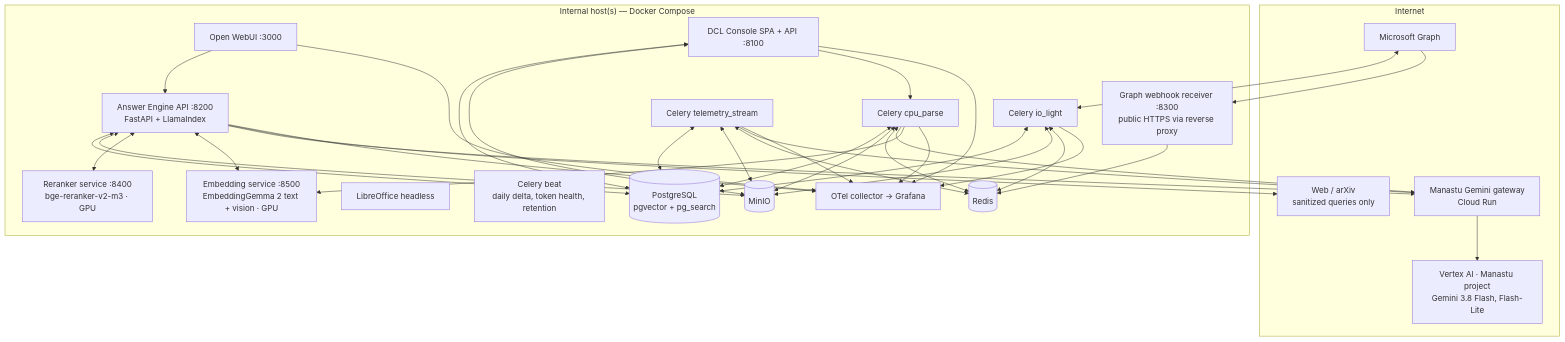
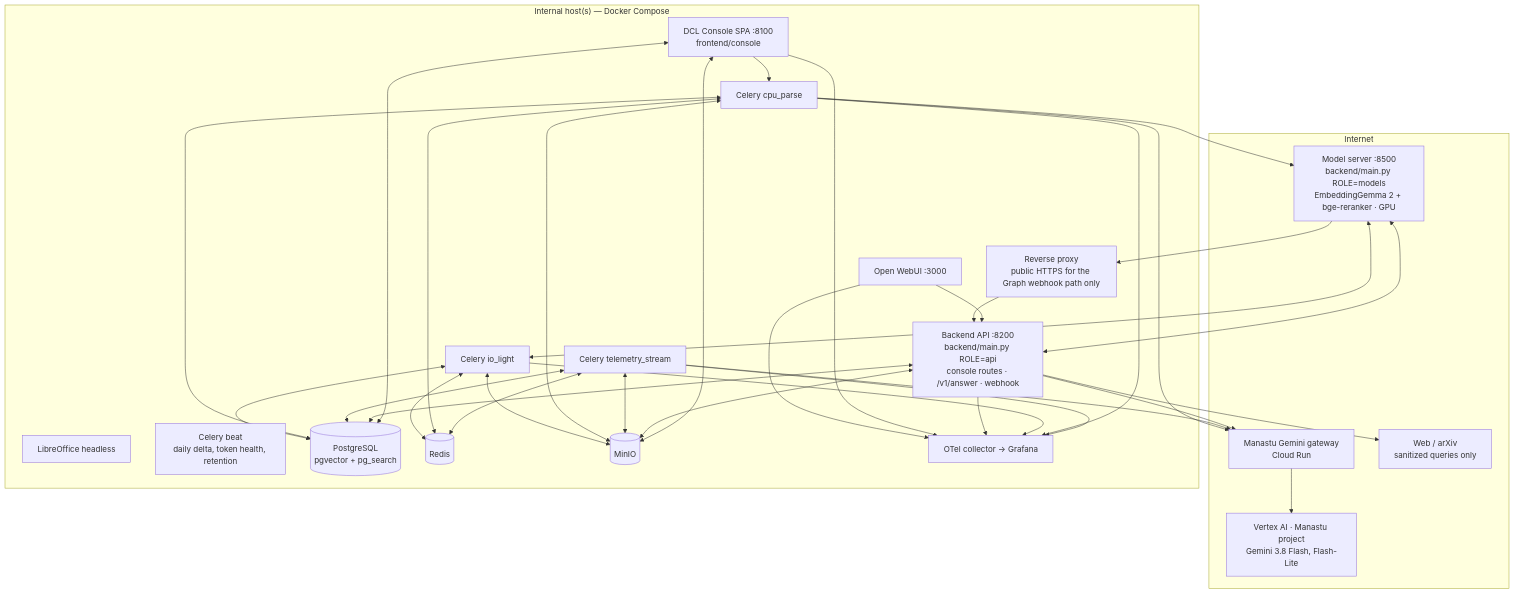
Before and after one commit to SwarajDarekar-Manastu/DCL_v2: the second of 2 diagrams in docs/architecture/01_system_overview_and_tech_stack.md, drawn with Mermaid. The commit also changed other lines of this file and 50 other files, not shown here.

First line of the commit message:
Switch to the simple monolithic layout: one backend package with main.py, frontend/console (TypeScript) + frontend/openwebui

````diff
--- a/docs/architecture/01_system_overview_and_tech_stack.md
+++ b/docs/architecture/01_system_overview_and_tech_stack.md
@@ -149,39 +149,38 @@
 ```mermaid
 flowchart TB
     subgraph Internet
         MS[Microsoft Graph]
         GW[Manastu Gemini gateway<br/>Cloud Run]
         GG[Vertex AI · Manastu project<br/>Gemini 3.8 Flash, Flash-Lite]
         GW --> GG
         WEB[Web / arXiv<br/>sanitized queries only]
     end
     subgraph Host["Internal host(s) — Docker Compose"]
         OWU[Open WebUI :3000]
-        CON[DCL Console SPA + API :8100]
-        ANS[Answer Engine API :8200<br/>FastAPI + LlamaIndex]
-        WH[Graph webhook receiver :8300<br/>public HTTPS via reverse proxy]
-        RR[Reranker service :8400<br/>bge-reranker-v2-m3 · GPU]
-        EMB[Embedding service :8500<br/>EmbeddingGemma 2 text + vision · GPU]
+        CON[DCL Console SPA :8100<br/>frontend/console]
+        ANS[Backend API :8200<br/>backend/main.py ROLE=api<br/>console routes · /v1/answer · webhook]
+        WH[Reverse proxy<br/>public HTTPS for the Graph webhook path only]
+        MS[Model server :8500<br/>backend/main.py ROLE=models<br/>EmbeddingGemma 2 + bge-reranker · GPU]
         LO[LibreOffice headless]
         W1[Celery io_light]
         W2[Celery cpu_parse]
         W3[Celery telemetry_stream]
         BEAT[Celery beat<br/>daily delta, token health, retention]
         PG[(PostgreSQL<br/>pgvector + pg_search)]
         RD[(Redis)]
         MO[(MinIO)]
         OTEL[OTel collector → Grafana]
     end
     MS <--> W1
-    MS --> WH --> RD
+    MS --> WH --> ANS
     W1 & W2 & W3 <--> PG & MO & RD
     W2 & W3 --> GW
-    ANS <--> PG & MO & RR & EMB
-    W2 --> EMB
+    ANS <--> PG & MO & MS
+    W2 --> MS
     ANS --> GW
     ANS --> WEB
     OWU --> ANS
     CON <--> PG & MO
     CON --> W2
     OWU & CON & ANS & W1 & W2 & W3 --> OTEL
 ```
````
